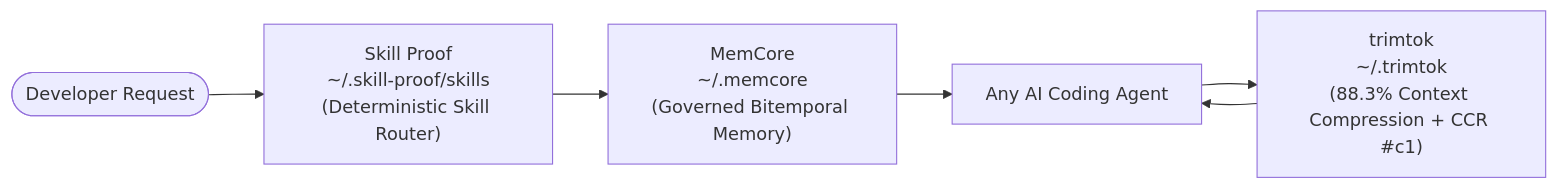
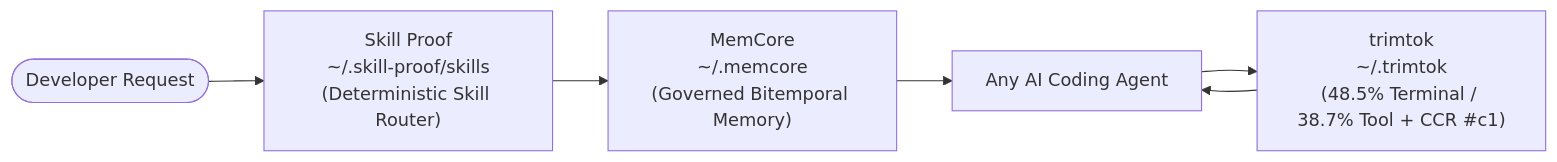
Before and after one commit to Stxyu-p/trimtok: the second of 2 diagrams in README.md, drawn with Mermaid. The commit also changed other lines of this file, not shown here.

````diff
--- a/README.md
+++ b/README.md
@@ -440,8 +442,8 @@
 ```mermaid
 flowchart LR
     Task(["Developer Request"]) --> SP["Skill Proof<br/>~/.skill-proof/skills<br/>(Deterministic Skill Router)"]
     SP --> MC["MemCore<br/>~/.memcore<br/>(Governed Bitemporal Memory)"]
     MC --> Agent["Any AI Coding Agent"]
-    Agent --> TT["trimtok<br/>~/.trimtok<br/>(88.3% Context Compression + CCR #c1)"]
+    Agent --> TT["trimtok<br/>~/.trimtok<br/>(48.5% Terminal / 38.7% Tool + CCR #c1)"]
     TT --> Agent
 ```
````
